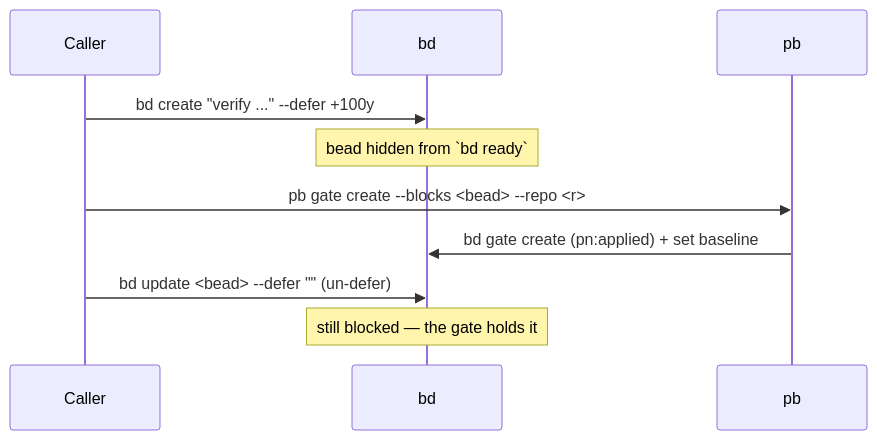
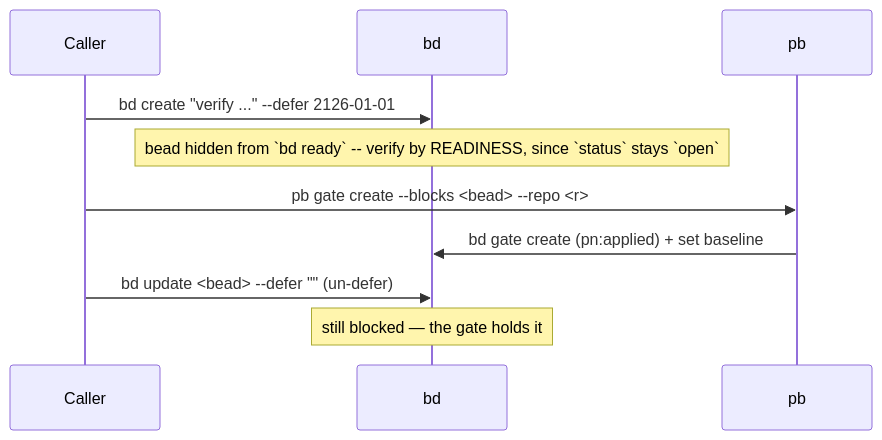
Before and after one commit to phillipgreenii/nix-agent-support: the diagram in packages/pb/README.md, drawn with Mermaid. The commit also changed 2 other files, not shown here.

````diff
--- a/packages/pb/README.md
+++ b/packages/pb/README.md
@@ -47,12 +47,12 @@
 ```mermaid
 sequenceDiagram
     participant Caller
     participant bd
     participant pb
-    Caller->>bd: bd create "verify ..." --defer +100y
-    Note over bd: bead hidden from `bd ready`
+    Caller->>bd: bd create "verify ..." --defer 2126-01-01
+    Note over bd: bead hidden from `bd ready` -- verify by READINESS, since `status` stays `open`
     Caller->>pb: pb gate create --blocks <bead> --repo <r>
     pb->>bd: bd gate create (pn:applied) + set baseline
     Caller->>bd: bd update <bead> --defer ""  (un-defer)
     Note over bd: still blocked — the gate holds it
 ```
````
